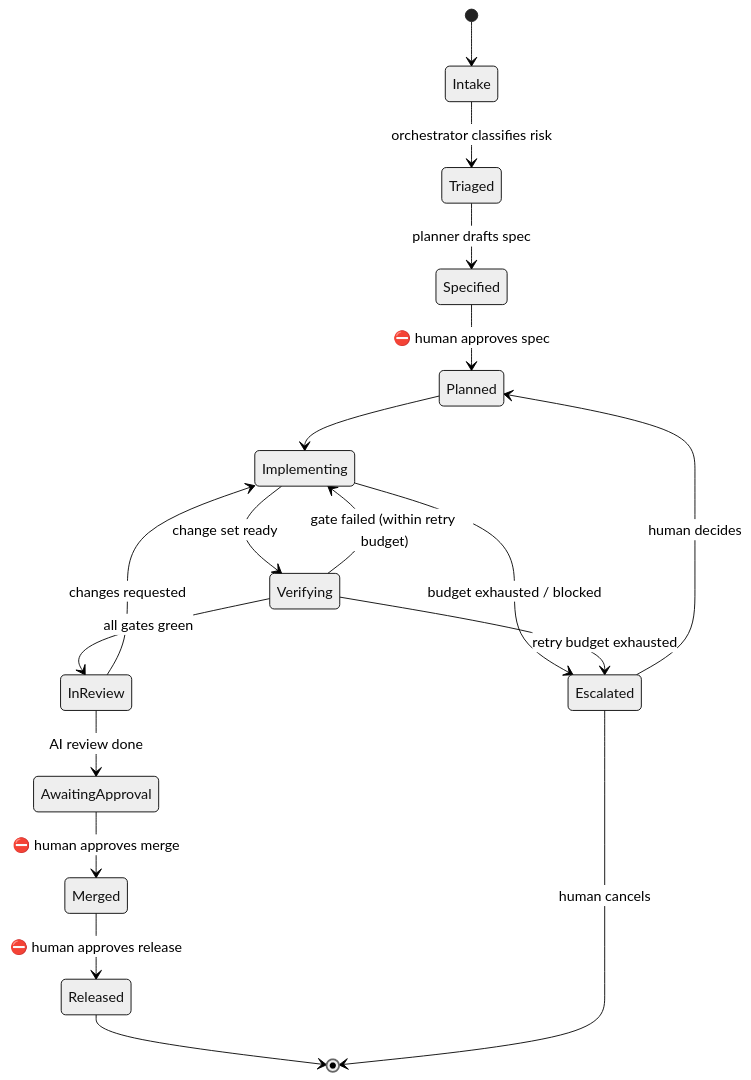
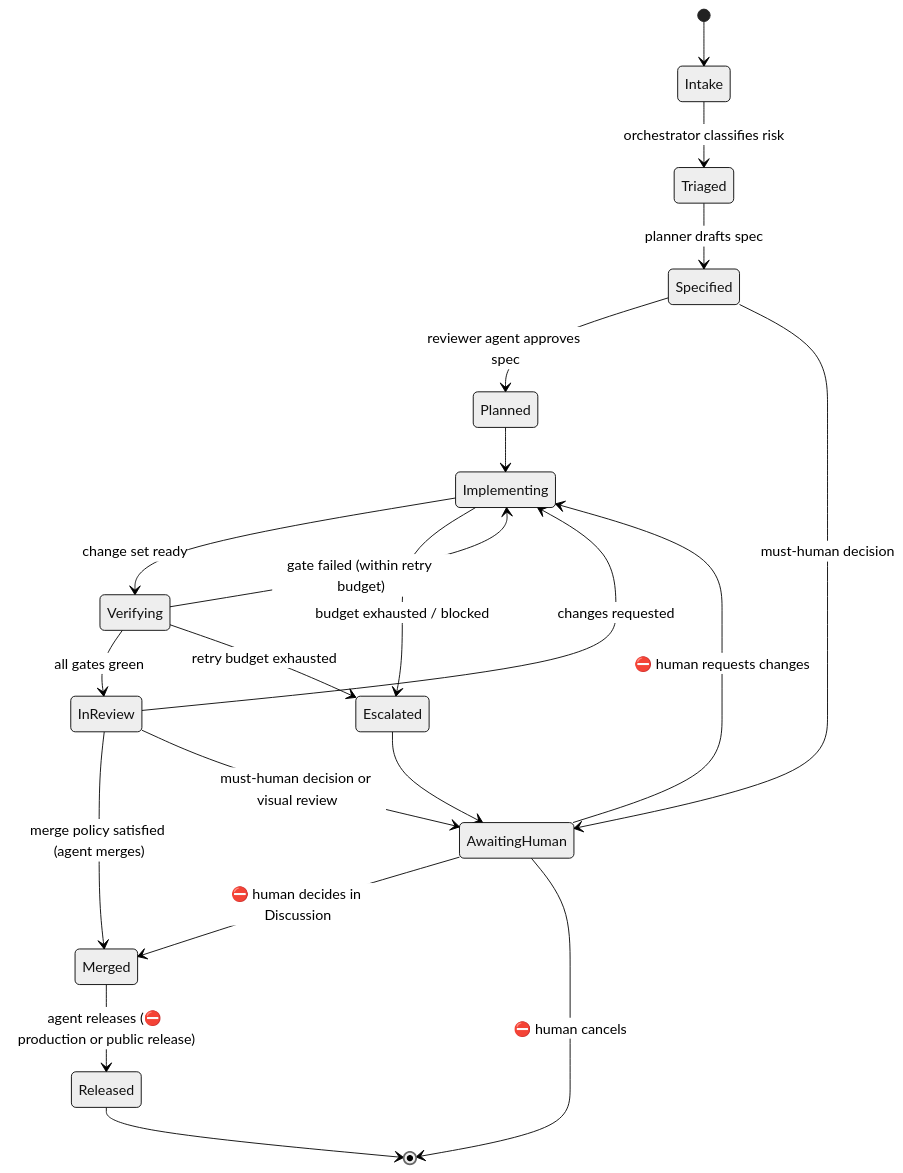
Before and after one commit to albergm02/agent-factory: the third of 3 diagrams in docs/architecture/system-overview.md, drawn with Mermaid (neutral theme). The commit also changed other lines of this file and 3 other files, not shown here.

First line of the commit message:
docs: add ADR-0002 for agent-merged PRs and human decisions via Discussions

````diff
--- a/docs/architecture/system-overview.md
+++ b/docs/architecture/system-overview.md
@@ -289,20 +300,23 @@
 ```mermaid
 stateDiagram-v2
     [*] --> Intake
     Intake --> Triaged: orchestrator classifies risk
     Triaged --> Specified: planner drafts spec
-    Specified --> Planned: ⛔ human approves spec
+    Specified --> Planned: reviewer agent approves spec
+    Specified --> AwaitingHuman: must-human decision
     Planned --> Implementing
     Implementing --> Verifying: change set ready
     Verifying --> Implementing: gate failed (within retry budget)
     Verifying --> InReview: all gates green
     InReview --> Implementing: changes requested
-    InReview --> AwaitingApproval: AI review done
-    AwaitingApproval --> Merged: ⛔ human approves merge
-    Merged --> Released: ⛔ human approves release
+    InReview --> Merged: merge policy satisfied (agent merges)
+    InReview --> AwaitingHuman: must-human decision or visual review
+    AwaitingHuman --> Merged: ⛔ human decides in Discussion
+    AwaitingHuman --> Implementing: ⛔ human requests changes
+    Merged --> Released: agent releases (⛔ production or public release)
     Released --> [*]
     Implementing --> Escalated: budget exhausted / blocked
     Verifying --> Escalated: retry budget exhausted
-    Escalated --> Planned: human decides
-    Escalated --> [*]: human cancels
+    Escalated --> AwaitingHuman
+    AwaitingHuman --> [*]: ⛔ human cancels
 ```
````
